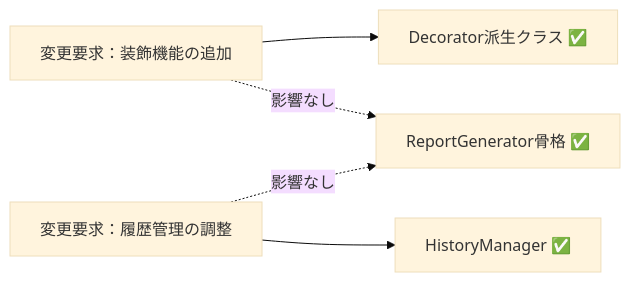
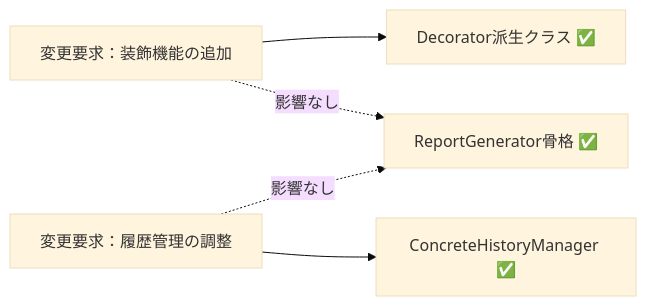
Diagram 12 of 13 in kindle/design-patterns/output/chapter11.md (kumachan1101-pixel/DesignPattern), drawn with Mermaid (base theme) before and after one commit. The commit also changed other lines of this file and 2 other files, not shown here.

````diff
--- a/kindle/design-patterns/output/chapter11.md
+++ b/kindle/design-patterns/output/chapter11.md
@@ -1225,8 +1150,8 @@
 ```mermaid
 graph LR
     T1["変更要求：装飾機能の追加"] --> F1["Decorator派生クラス ✅"]
     T1 -. "影響なし" .-> A["ReportGenerator骨格 ✅"]
-    T2["変更要求：履歴管理の調整"] --> F2["HistoryManager ✅"]
+    T2["変更要求：履歴管理の調整"] --> F2["ConcreteHistoryManager ✅"]
     T2 -. "影響なし" .-> A
 
 ```
````
